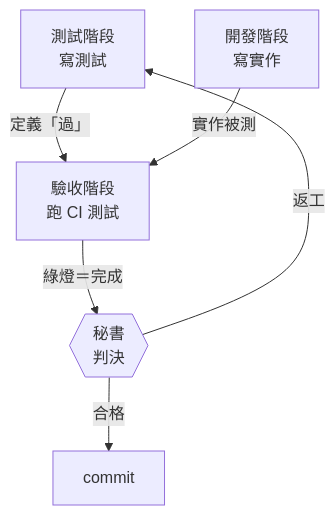
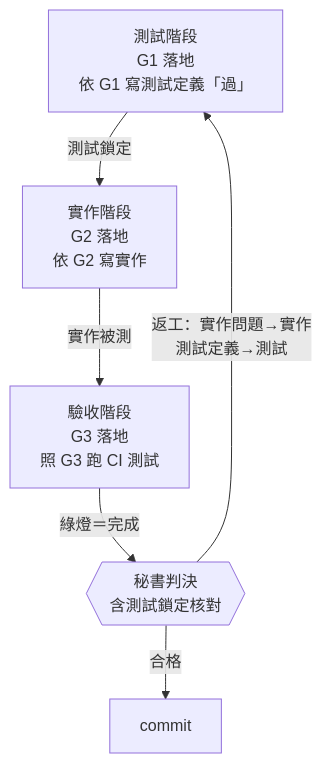
Before and after one commit to teps3105/shiftblame: the seventh of 8 diagrams in skills/shiftblame/SKILL.md, drawn with Mermaid. The commit also changed other lines of this file and 10 other files, not shown here.

````diff
--- a/skills/shiftblame/SKILL.md
+++ b/skills/shiftblame/SKILL.md
@@ -254,8 +254,8 @@
 ```mermaid
 flowchart TB
-    TST["測試階段<br/>寫測試"] -->|定義「過」| ACC["驗收階段<br/>跑 CI 測試"]
-    DEV["開發階段<br/>寫實作"] -->|實作被測| ACC
-    ACC -->|綠燈＝完成| Judge{{"秘書<br/>判決"}}
+    TST["測試階段<br/>G1 落地<br/>依 G1 寫測試定義「過」"] -->|測試鎖定| DEV["實作階段<br/>G2 落地<br/>依 G2 寫實作"]
+    DEV -->|實作被測| ACC["驗收階段<br/>G3 落地<br/>照 G3 跑 CI 測試"]
+    ACC -->|綠燈＝完成| Judge{{"秘書判決<br/>含測試鎖定核對"}}
     Judge -->|合格| Commit["commit"]
-    Judge -->|返工| TST
+    Judge -->|"返工：實作問題→實作<br/>測試定義→測試"| TST
 ```
````
